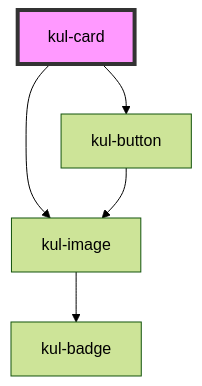
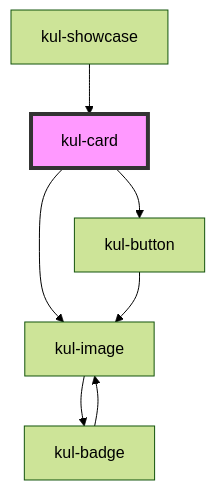
Before and after one commit to smeup/ketchup: the diagram in packages/ketchup-lite/src/components/kul-card/readme.md, drawn with Mermaid (forest theme). The commit also changed other lines of this file and 58 other files, not shown here.

````diff
--- a/packages/ketchup-lite/src/components/kul-card/readme.md
+++ b/packages/ketchup-lite/src/components/kul-card/readme.md
@@ -101,8 +115,10 @@
 ```mermaid
 graph TD;
   kul-card --> kul-image
   kul-card --> kul-button
   kul-image --> kul-badge
+  kul-badge --> kul-image
   kul-button --> kul-image
+  kul-showcase --> kul-card
   style kul-card fill:#f9f,stroke:#333,stroke-width:4px
 ```
````
